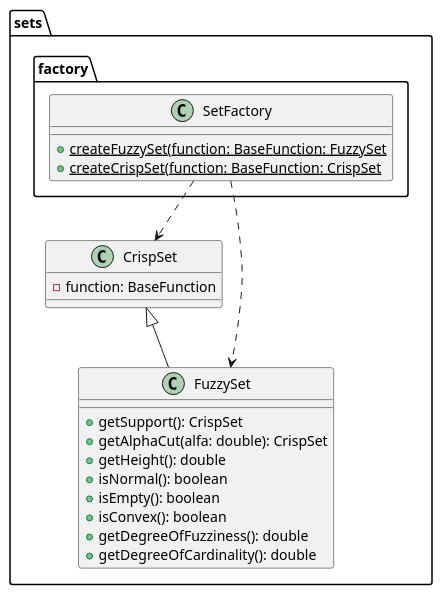
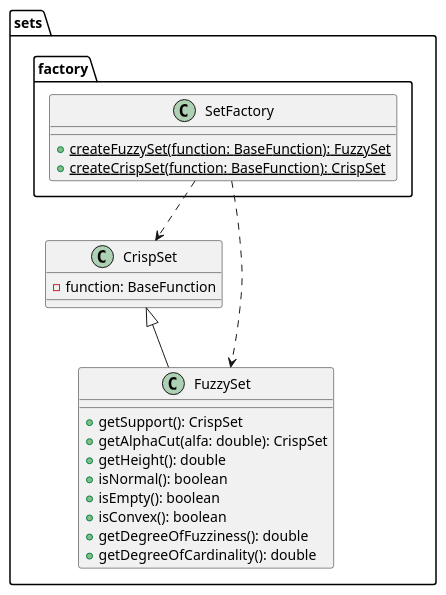
Before and after one commit to kambed/Computer-Recognition-Systems: the fourth of 9 diagrams in task2/README.md, drawn with PlantUML.

Commit message:
Close method

````diff
--- a/task2/README.md
+++ b/task2/README.md
@@ -140,25 +140,25 @@
 ```plantuml
 package sets {
     package factory {
         class SetFactory {
-            + {static} createFuzzySet(function: BaseFunction: FuzzySet
-            + {static} createCrispSet(function: BaseFunction: CrispSet
+            + {static} createFuzzySet(function: BaseFunction): FuzzySet
+            + {static} createCrispSet(function: BaseFunction): CrispSet
         }
     }
     class CrispSet {
         - function: BaseFunction
     }
     class FuzzySet extends CrispSet {
         + getSupport(): CrispSet
         + getAlphaCut(alfa: double): CrispSet
         + getHeight(): double
         + isNormal(): boolean
         + isEmpty(): boolean
         + isConvex(): boolean
         + getDegreeOfFuzziness(): double
         + getDegreeOfCardinality(): double
     }
     SetFactory ..> FuzzySet
     SetFactory ..> CrispSet
 }
 ```
````
